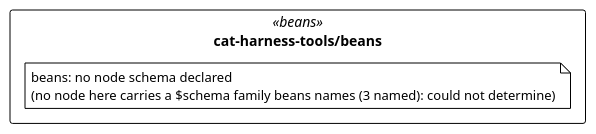
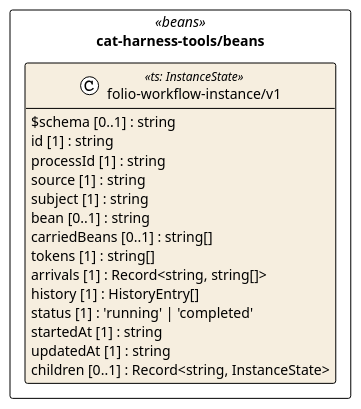
One commit to litlfred/cat-harness changed the diagram in uml/overview/cat-harness-tools/beans.puml. Above: the diagram before and after it, drawn with PlantUML. The commit also changed 404 other files, not shown here.

```diff
--- a/uml/overview/cat-harness-tools/beans.puml
+++ b/uml/overview/cat-harness-tools/beans.puml
@@ -3,13 +3,28 @@
 @startuml cat_harness_tools_beans
 !pragma layout elk
 !theme plain
 skinparam classAttributeIconSize 0
 skinparam shadowing false
 skinparam packageStyle rectangle
 hide empty methods
 
 package "cat-harness-tools/beans" as pkg_cat_harness_tools_beans <<beans>> {
-  note "beans: no node schema declared\n(no node here carries a $schema family beans names (3 named): could not determine)" as n_cat_harness_tools_beans_beans
+  class "folio-workflow-instance/v1" as cat_harness_tools_beans_folio_workflow_instance_v1 <<ts: InstanceState>> #f6eedf {
+    $schema [0..1] : string
+    id [1] : string
+    processId [1] : string
+    source [1] : string
+    subject [1] : string
+    bean [0..1] : string
+    carriedBeans [0..1] : string[]
+    tokens [1] : string[]
+    arrivals [1] : Record<string, string[]>
+    history [1] : HistoryEntry[]
+    status [1] : 'running' | 'completed'
+    startedAt [1] : string
+    updatedAt [1] : string
+    children [0..1] : Record<string, InstanceState>
+  }
 }
 
 @enduml
```
